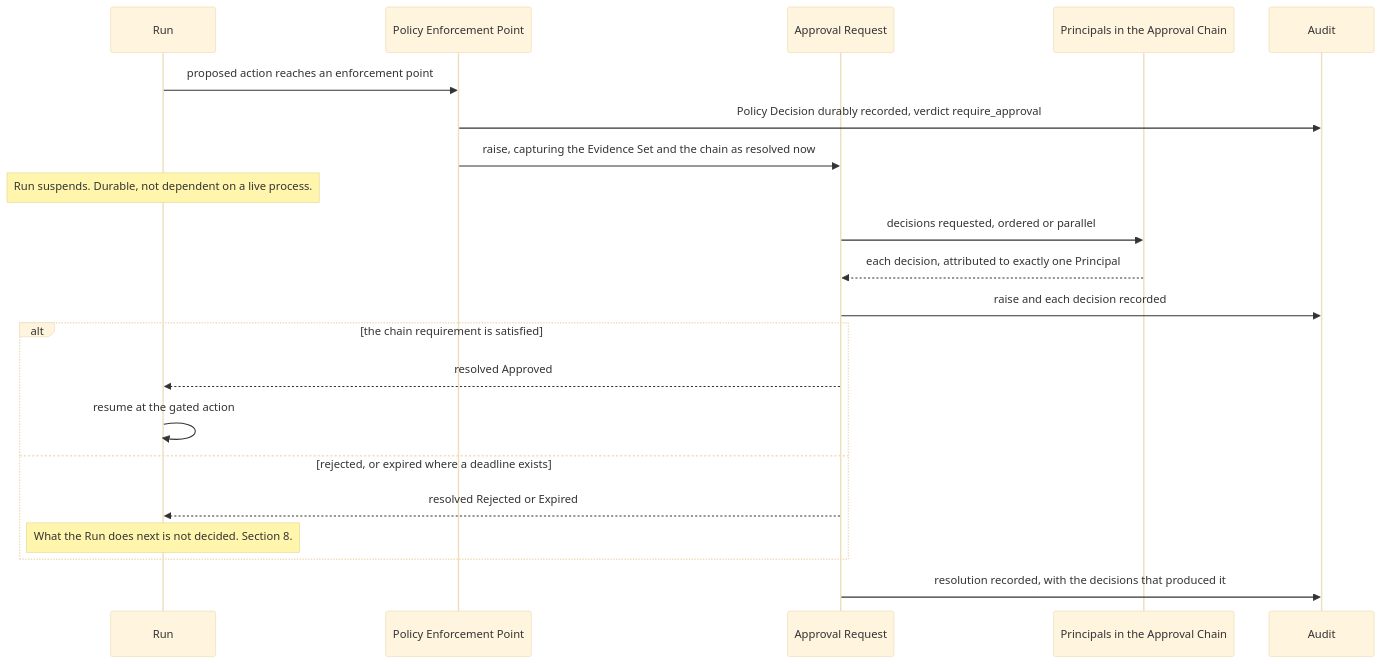
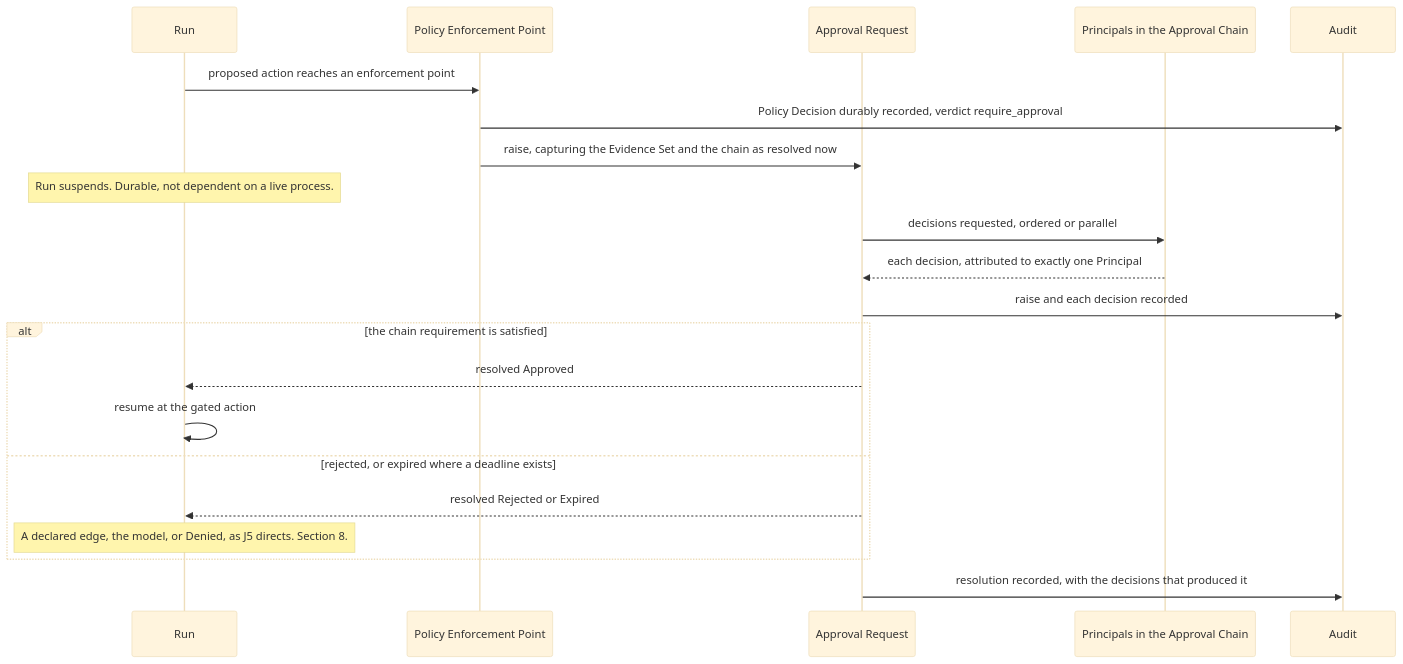
Before and after one commit to ayesigapaul/orchestra: the diagram in docs/40-governance/approval-workflows.md, drawn with Mermaid (base theme). The commit also changed other lines of this file and 56 other files, not shown here.

````diff
--- a/docs/40-governance/approval-workflows.md
+++ b/docs/40-governance/approval-workflows.md
@@ -55,23 +57,23 @@
 ```mermaid
 sequenceDiagram
   participant R as Run
   participant P as Policy Enforcement Point
   participant A as Approval Request
   participant C as Principals in the Approval Chain
   participant AU as Audit
   R->>P: proposed action reaches an enforcement point
   P->>AU: Policy Decision durably recorded, verdict require_approval
   P->>A: raise, capturing the Evidence Set and the chain as resolved now
   Note over R: Run suspends. Durable, not dependent on a live process.
   A->>C: decisions requested, ordered or parallel
   C-->>A: each decision, attributed to exactly one Principal
   A->>AU: raise and each decision recorded
   alt the chain requirement is satisfied
     A-->>R: resolved Approved
     R->>R: resume at the gated action
   else rejected, or expired where a deadline exists
     A-->>R: resolved Rejected or Expired
-    Note over R: What the Run does next is not decided. Section 8.
+    Note over R: A declared edge, the model, or Denied, as J5 directs. Section 8.
   end
   A->>AU: resolution recorded, with the decisions that produced it
 ```
````
